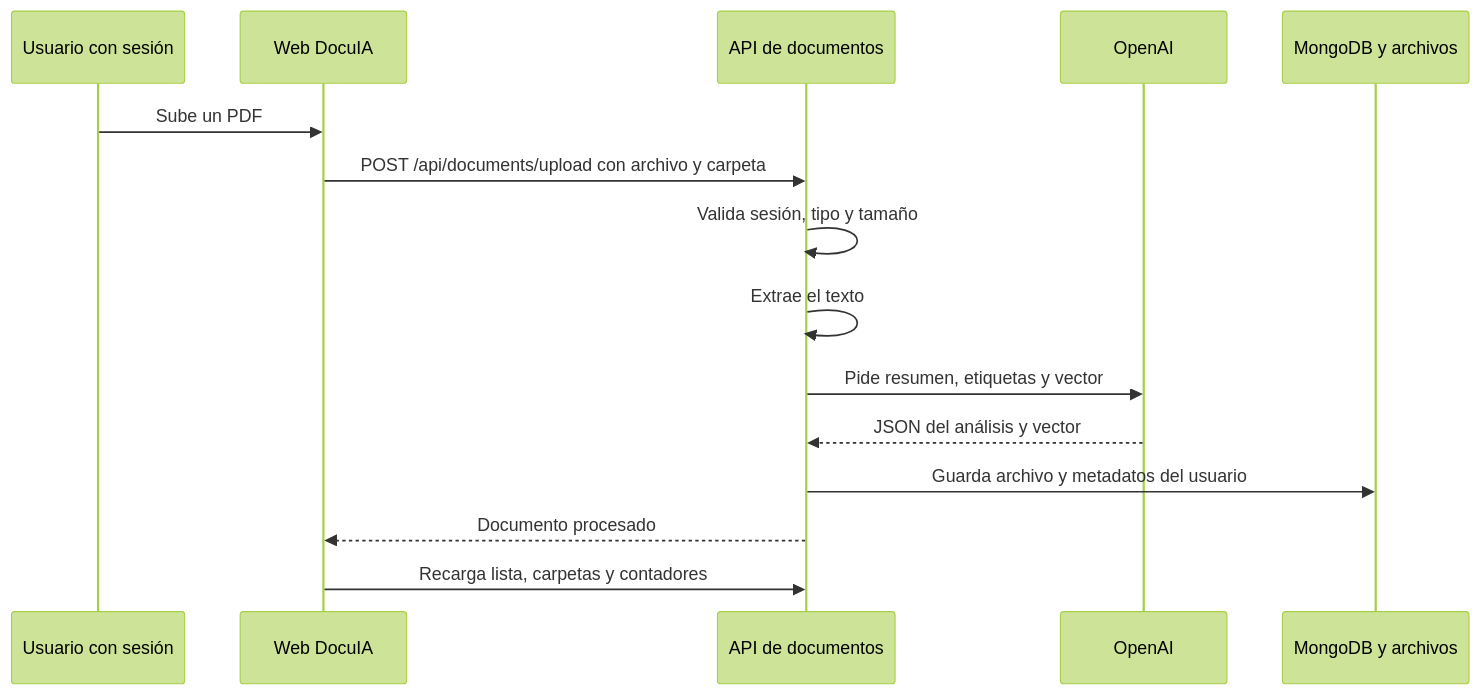
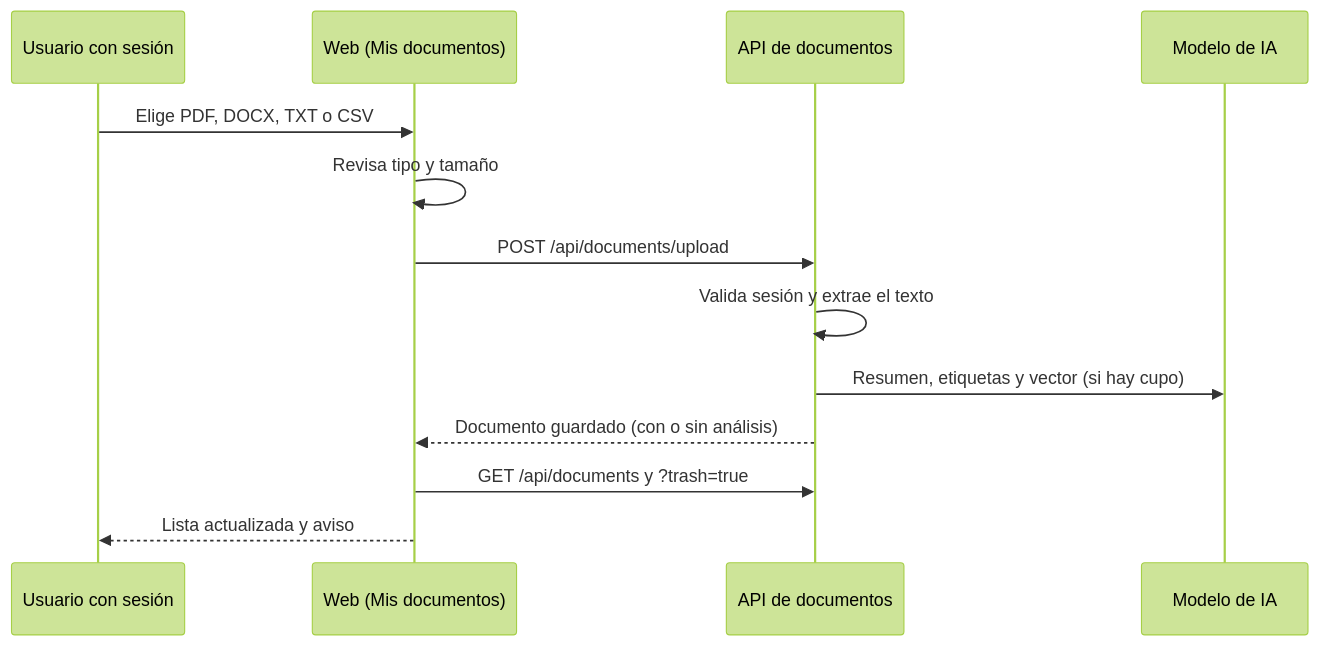
The second of 3 diagrams in docs/wiki/Guia-Demo-gestor-documentos.md (ronalc90/koptup), drawn with Mermaid (forest theme) before and after one commit. The commit also changed other lines of this file and 63 other files, not shown here.

````diff
--- a/docs/wiki/Guia-Demo-gestor-documentos.md
+++ b/docs/wiki/Guia-Demo-gestor-documentos.md
@@ -254,17 +260,15 @@
 ```mermaid
 sequenceDiagram
     participant U as Usuario con sesión
-    participant W as Web DocuIA
+    participant W as Web (Mis documentos)
     participant A as API de documentos
-    participant O as OpenAI
-    participant D as MongoDB y archivos
-    U->>W: Sube un PDF
-    W->>A: POST /api/documents/upload con archivo y carpeta
-    A->>A: Valida sesión, tipo y tamaño
-    A->>A: Extrae el texto
-    A->>O: Pide resumen, etiquetas y vector
-    O-->>A: JSON del análisis y vector
-    A->>D: Guarda archivo y metadatos del usuario
-    A-->>W: Documento procesado
-    W->>A: Recarga lista, carpetas y contadores
+    participant O as Modelo de IA
+    U->>W: Elige PDF, DOCX, TXT o CSV
+    W->>W: Revisa tipo y tamaño
+    W->>A: POST /api/documents/upload
+    A->>A: Valida sesión y extrae el texto
+    A->>O: Resumen, etiquetas y vector (si hay cupo)
+    A-->>W: Documento guardado (con o sin análisis)
+    W->>A: GET /api/documents y ?trash=true
+    W-->>U: Lista actualizada y aviso
 ```
````
